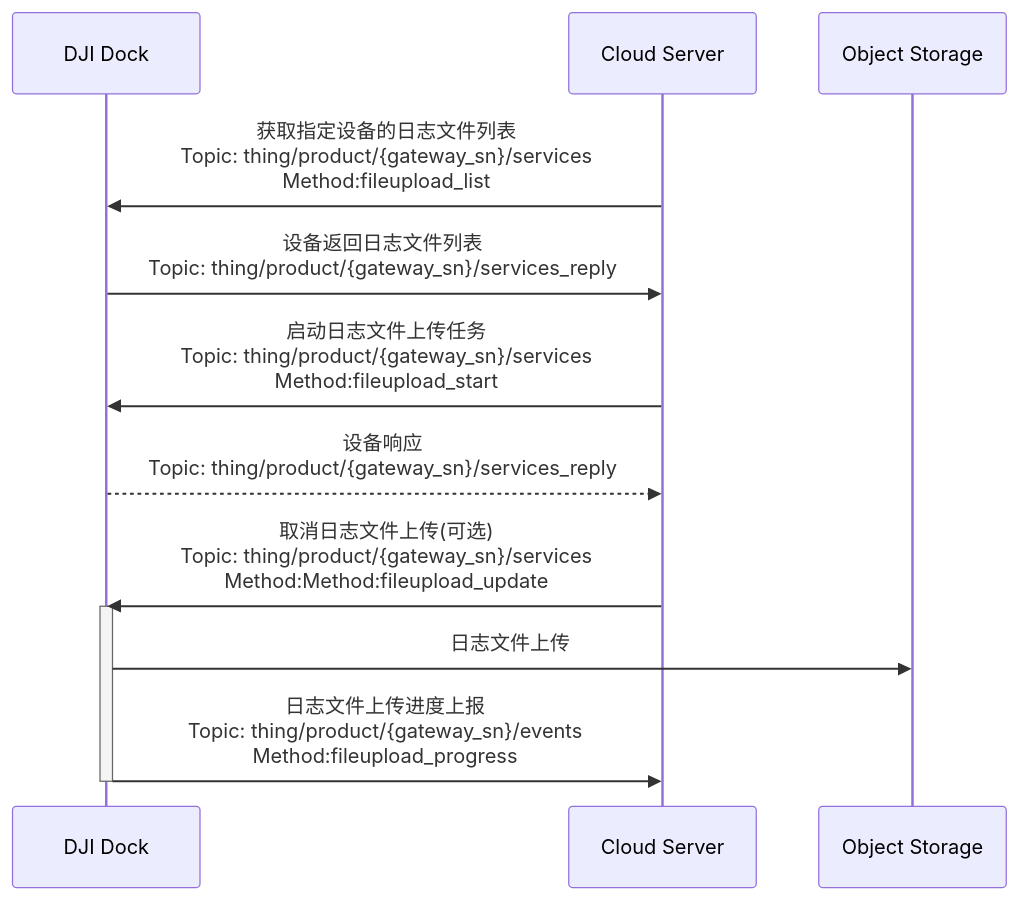
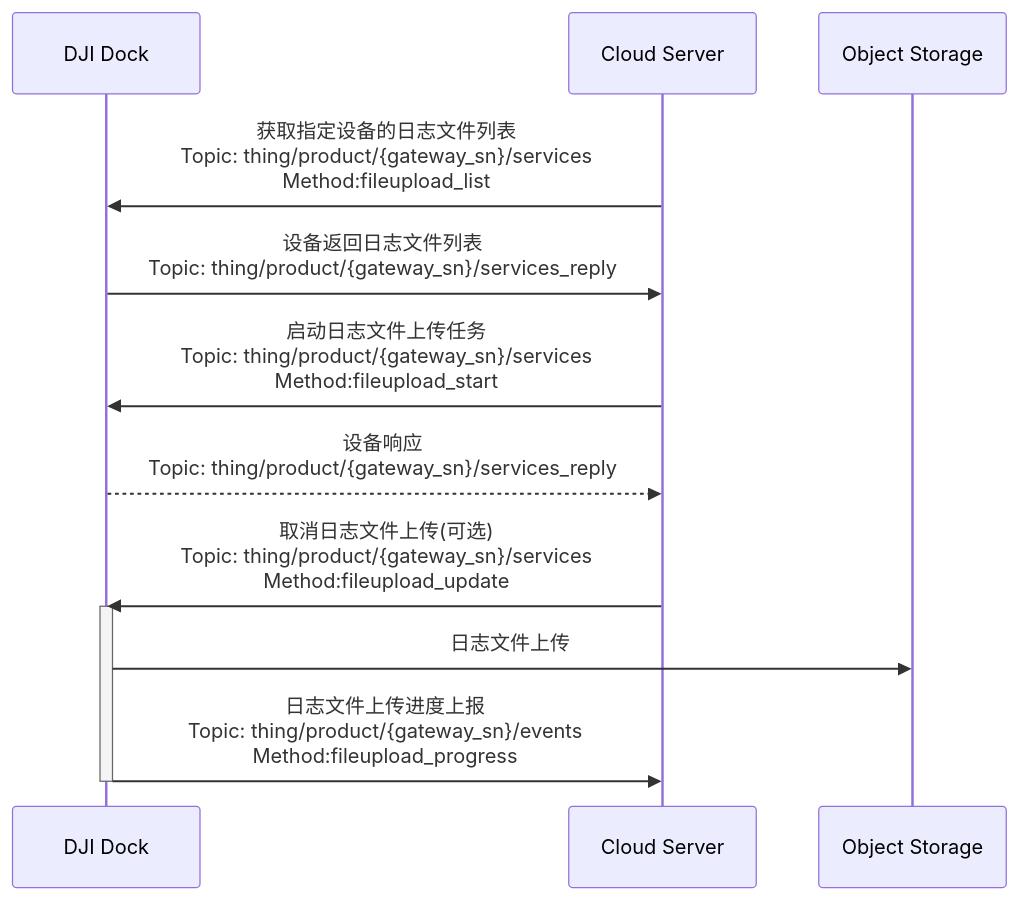
The diagram in docs/cn/30.feature-set/20.dock-feature-set/90.remote-log.md (dji-sdk/Cloud-API-Doc), drawn with Mermaid before and after one commit. The commit also changed 16 other files, not shown here.

````diff
--- a/docs/cn/30.feature-set/20.dock-feature-set/90.remote-log.md
+++ b/docs/cn/30.feature-set/20.dock-feature-set/90.remote-log.md
@@ -13,20 +13,20 @@
 ```mermaid
 sequenceDiagram
 
 participant client as DJI Dock
 participant app_server as Cloud Server
 participant storage as Object Storage
 
 app_server ->> client : 获取指定设备的日志文件列表<br/>Topic: thing/product/{gateway_sn}/services<br/>Method:fileupload_list
 client ->> app_server : 设备返回日志文件列表<br/>Topic: thing/product/{gateway_sn}/services_reply
 
 app_server ->> client : 启动日志文件上传任务<br/>Topic: thing/product/{gateway_sn}/services<br/>Method:fileupload_start
 client -->> app_server  : 设备响应<br/>Topic: thing/product/{gateway_sn}/services_reply
-app_server ->> client : 取消日志文件上传(可选)<br/>Topic: thing/product/{gateway_sn}/services<br/>Method:Method:fileupload_update
+app_server ->> client : 取消日志文件上传(可选)<br/>Topic: thing/product/{gateway_sn}/services<br/>Method:fileupload_update
 
 activate client
 client ->> storage : 日志文件上传
 client ->> app_server : 日志文件上传进度上报<br/>Topic: thing/product/{gateway_sn}/events<br/>Method:fileupload_progress
 deactivate client
 
 ```
````
